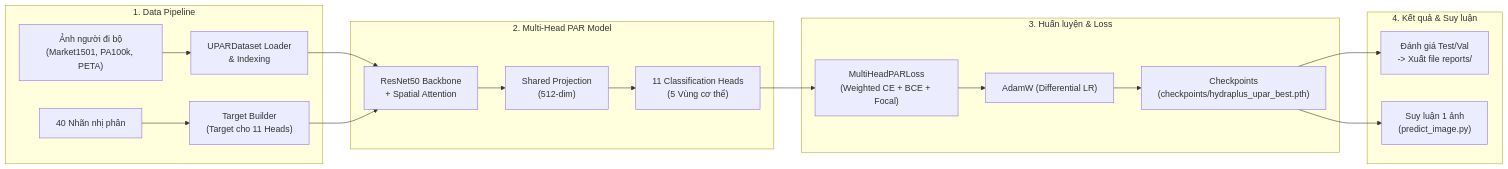
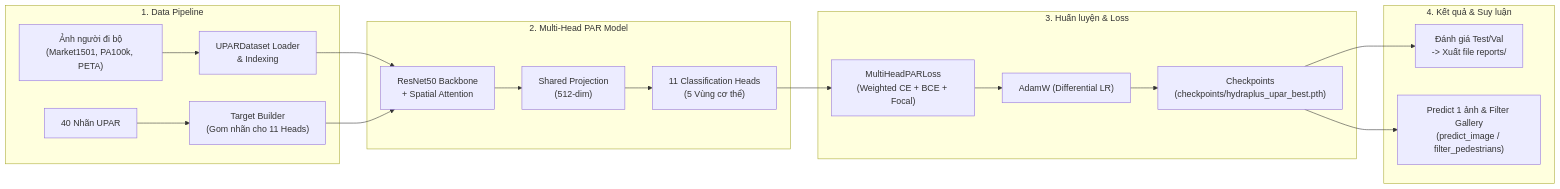
Before and after one commit to NVAnh050904/AI-Project: the first of 2 diagrams in README.md, drawn with Mermaid. The commit also changed other lines of this file, not shown here.

````diff
--- a/README.md
+++ b/README.md
@@ -11,24 +26,24 @@
 ```mermaid
 flowchart LR
     subgraph Data ["1. Data Pipeline"]
         Imgs["Ảnh người đi bộ\n(Market1501, PA100k, PETA)"] --> Loader["UPARDataset Loader\n& Indexing"]
-        Labels["40 Nhãn nhị phân"] --> TargetBuilder["Target Builder\n(Target cho 11 Heads)"]
+        Labels["40 Nhãn UPAR"] --> TargetBuilder["Target Builder\n(Gom nhãn cho 11 Heads)"]
     end
 
     subgraph Model ["2. Multi-Head PAR Model"]
         Loader & TargetBuilder --> Backbone["ResNet50 Backbone\n+ Spatial Attention"]
         Backbone --> Proj["Shared Projection\n(512-dim)"]
         Proj --> Heads["11 Classification Heads\n(5 Vùng cơ thể)"]
     end
 
     subgraph Train ["3. Huấn luyện & Loss"]
         Heads --> LossFn["MultiHeadPARLoss\n(Weighted CE + BCE + Focal)"]
         LossFn --> Opt["AdamW (Differential LR)"]
         Opt --> Checkpoint["Checkpoints\n(checkpoints/hydraplus_upar_best.pth)"]
     end
 
     subgraph Output ["4. Kết quả & Suy luận"]
         Checkpoint --> Eval["Đánh giá Test/Val\n-> Xuất file reports/"]
-        Checkpoint --> Infer["Suy luận 1 ảnh\n(predict_image.py)"]
+        Checkpoint --> Infer["Predict 1 ảnh & Filter Gallery\n(predict_image / filter_pedestrians)"]
     end
 ```
````
